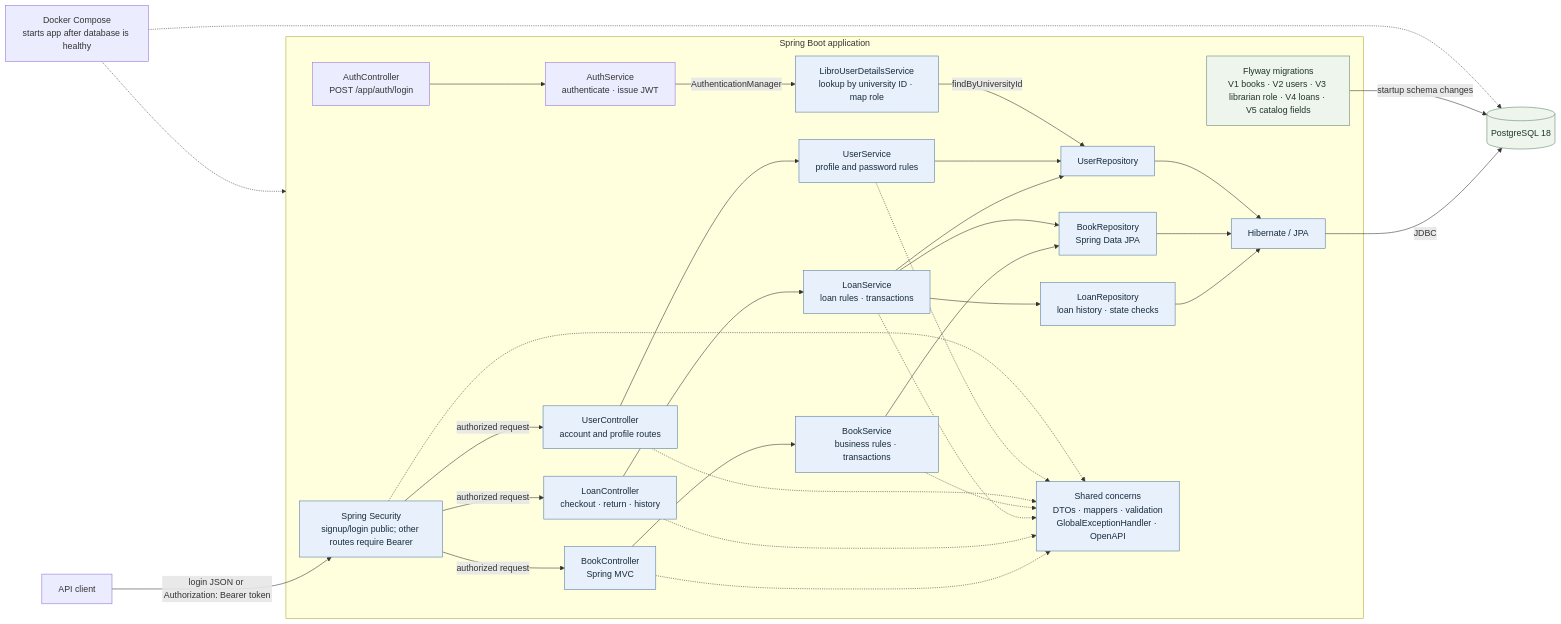
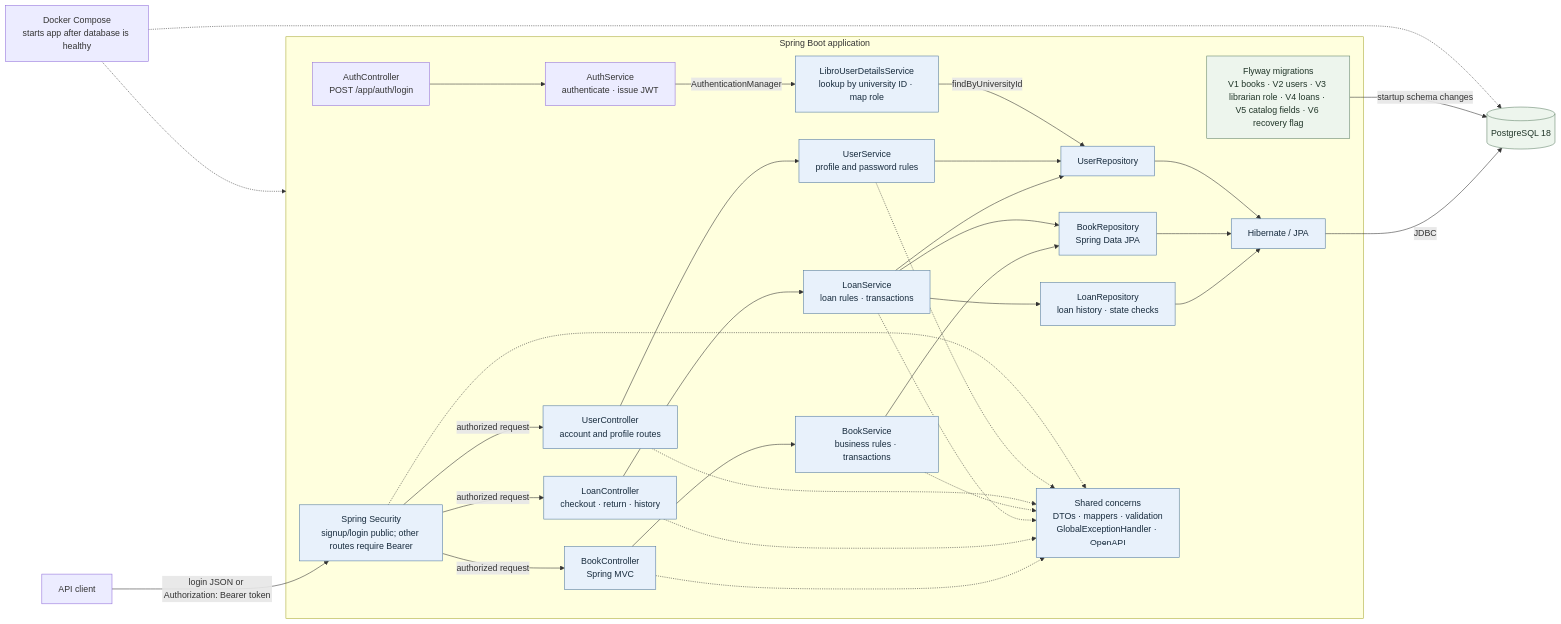
Before and after one commit to kyledelfin2006/libro-library-system: the first of 5 diagrams in docs/architecture.md, drawn with Mermaid. The commit also changed 37 other files, not shown here.

````diff
--- a/docs/architecture.md
+++ b/docs/architecture.md
@@ -9,43 +9,43 @@
 ```mermaid
 flowchart LR
     Client["API client"]
     subgraph App["Spring Boot application"]
         Security["Spring Security<br/>signup/login public; other routes require Bearer"]
         API["BookController<br/>Spring MVC"] --> Service["BookService<br/>business rules · transactions"]
         Service --> BookRepo["BookRepository<br/>Spring Data JPA"]
         LoanController["LoanController<br/>checkout · return · history"] --> LoanService["LoanService<br/>loan rules · transactions"]
         LoanService --> LoanRepo["LoanRepository<br/>loan history · state checks"]
         LoanService --> BookRepo
         LoanService --> UserRepo
         LoanRepo --> ORM
         BookRepo --> ORM["Hibernate / JPA"]
         UserController["UserController<br/>account and profile routes"] --> User["UserService<br/>profile and password rules"]
         User --> UserRepo["UserRepository"]
         AuthController["AuthController<br/>POST /app/auth/login"] --> AuthService["AuthService<br/>authenticate · issue JWT"]
         AuthService -->|AuthenticationManager| UserDetails["LibroUserDetailsService<br/>lookup by university ID · map role"]
         UserDetails -->|findByUniversityId| UserRepo
         UserRepo --> ORM
-        Flyway["Flyway migrations<br/>V1 books · V2 users · V3 librarian role · V4 loans · V5 catalog fields"]
+        Flyway["Flyway migrations<br/>V1 books · V2 users · V3 librarian role · V4 loans · V5 catalog fields · V6 recovery flag"]
         Shared["Shared concerns<br/>DTOs · mappers · validation<br/>GlobalExceptionHandler · OpenAPI"]
         Security -->|authorized request| API
         Security -->|authorized request| UserController
         Security -->|authorized request| LoanController
         API -.-> Shared
         LoanController -.-> Shared
         LoanService -.-> Shared
         Service -.-> Shared
         UserController -.-> Shared
         User -.-> Shared
         Security -.-> Shared
     end
     Client -->|login JSON or Authorization: Bearer token| Security
     ORM -->|JDBC| DB[("PostgreSQL 18")]
     Flyway -->|startup schema changes| DB
     Compose["Docker Compose<br/>starts app after database is healthy"] -.-> App
     Compose -.-> DB
 
     classDef service fill:#e8f1fb,stroke:#5078a0,color:#172b3d
     classDef data fill:#edf5ed,stroke:#62836a,color:#203528
     class API,Service,BookRepo,LoanController,LoanService,LoanRepo,ORM,UserController,User,UserRepo,UserDetails,Shared,Security service
     class DB,Flyway data
 ```
````
